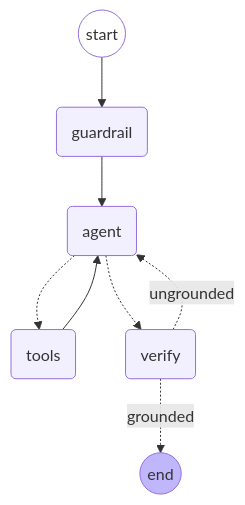
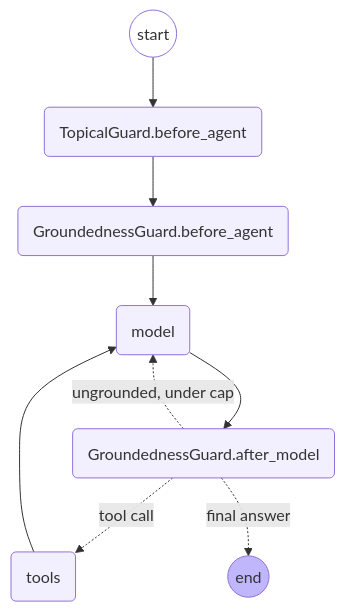
One commit to hadifar/rag changed the third of 5 diagrams in docs/architecture.md. Above: the diagram before and after it, drawn with Mermaid. The commit also changed other lines of this file and 9 other files, not shown here.

Commit message:
refactor: use react-agent instead of graph

````diff
--- a/docs/architecture.md
+++ b/docs/architecture.md
@@ -80,16 +83,17 @@
 ```mermaid
 graph TD
-    __start__((start)) --> guardrail(guardrail)
-    guardrail(guardrail) --> agent(agent)
-    agent(agent) -.-> tools(tools)
-    agent(agent) -.-> verify(verify)
-    tools(tools) --> agent(agent)
-    verify(verify) -.->|ungrounded| agent(agent)
-    verify(verify) -.->|grounded| __end__((end))
+    __start__((start)) --> topical(TopicalGuard.before_agent)
+    topical --> resetg(GroundednessGuard.before_agent)
+    resetg --> model(model)
+    model --> verify(GroundednessGuard.after_model)
+    verify -.->|tool call| tools(tools)
+    verify -.->|ungrounded, under cap| model
+    verify -.->|final answer| __end__((end))
+    tools --> model
 
     classDef default fill:#f2f0ff,line-height:1.2
     classDef first fill-opacity:0
     classDef last fill:#bfb6fc
     class __start__ first
     class __end__ last
 ```
````
